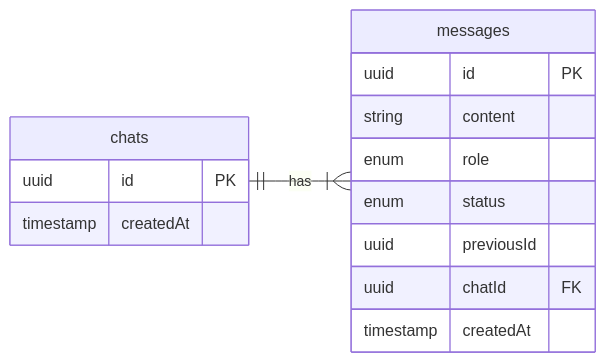
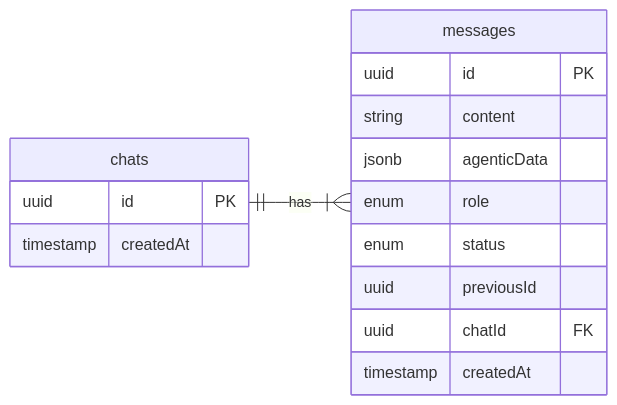
The diagram in docs/LLM_ERD.md (NYCU-SDC/sciedu-backend), drawn with Mermaid before and after one commit. The commit also changed 24 other files, not shown here.

Commit message:
feat: update chat schema

````diff
--- a/docs/LLM_ERD.md
+++ b/docs/LLM_ERD.md
@@ -1,21 +1,22 @@
 ```mermaid
 erDiagram
 	direction LR
 	
 	chats ||--|{ messages : "has"
 	
 	chats {
 		uuid id PK
 		timestamp createdAt
 	}
 	
 	messages {
 		uuid id PK
 		string content
+		jsonb agenticData
 		enum role
 		enum status
 		uuid previousId
 		uuid chatId FK
 		timestamp createdAt
 	}
 ```
````
